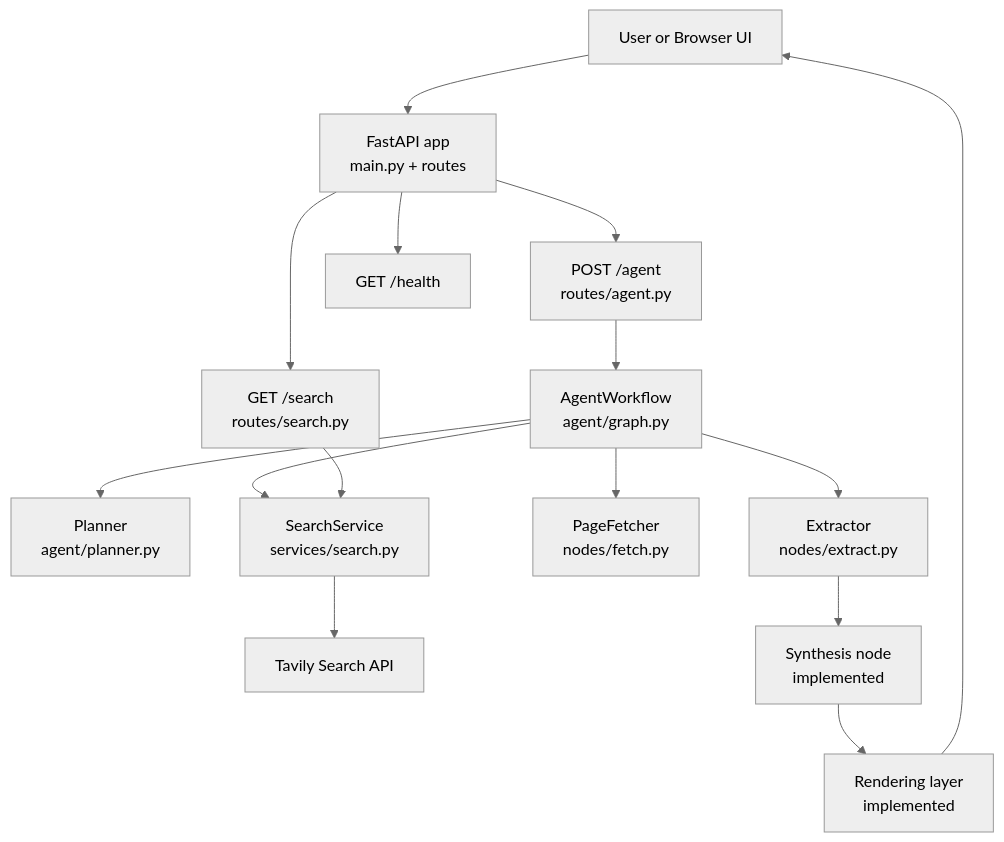
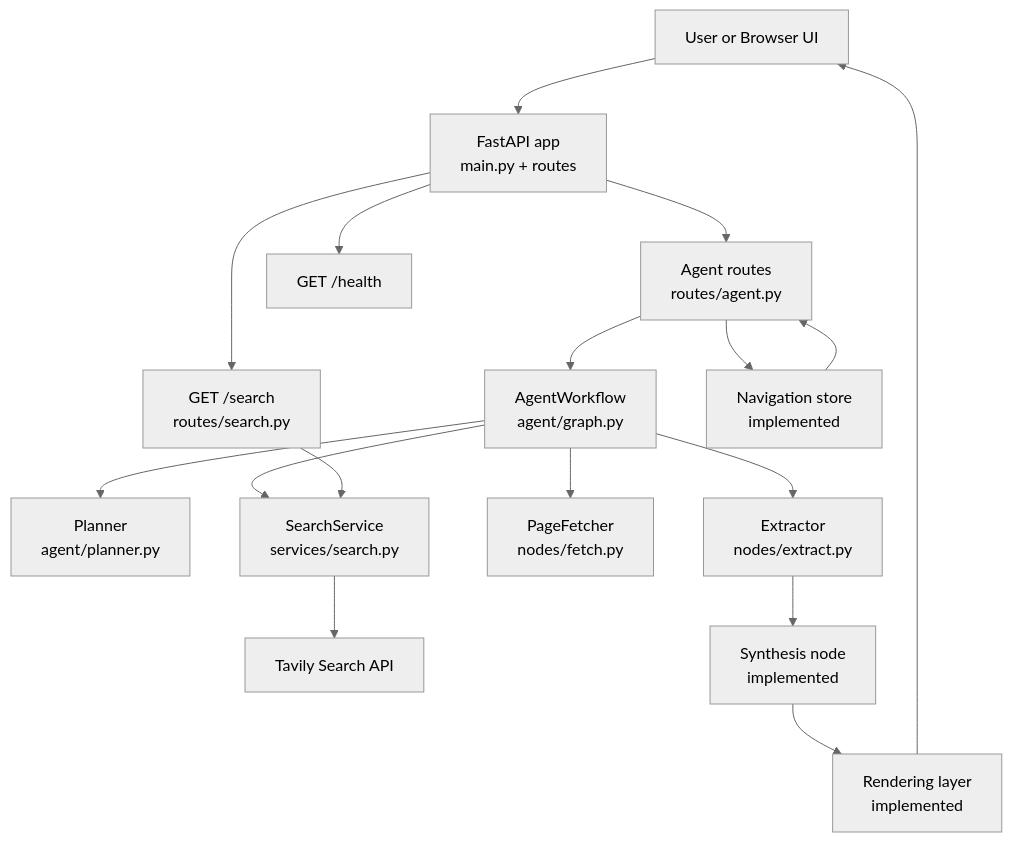
One commit to kunalchaturvedi/agentic-browser changed the first of 3 diagrams in docs/design.md. Above: the diagram before and after it, drawn with Mermaid (neutral theme). The commit also changed other lines of this file and 14 other files, not shown here.

````diff
--- a/docs/design.md
+++ b/docs/design.md
@@ -42,31 +43,34 @@
 ```mermaid
 flowchart TD
     User[User or Browser UI]
     FastAPI[FastAPI app\nmain.py + routes]
-    AgentRoute[POST /agent\nroutes/agent.py]
+    AgentRoute[Agent routes\nroutes/agent.py]
     SearchRoute[GET /search\nroutes/search.py]
     Workflow[AgentWorkflow\nagent/graph.py]
     Planner[Planner\nagent/planner.py]
     SearchService[SearchService\nservices/search.py]
     Tavily[Tavily Search API]
     Fetcher[PageFetcher\nnodes/fetch.py]
     Extractor[Extractor\nnodes/extract.py]
     Synth[Synthesis node\nimplemented]
     Render[Rendering layer\nimplemented]
+    NavStore[Navigation store\nimplemented]
     Health[GET /health]
 
     User --> FastAPI
     FastAPI --> AgentRoute
     FastAPI --> SearchRoute
     FastAPI --> Health
     AgentRoute --> Workflow
     Workflow --> Planner
     Workflow --> SearchService
     SearchRoute --> SearchService
     SearchService --> Tavily
     Workflow --> Fetcher
     Workflow --> Extractor
     Extractor --> Synth
     Synth --> Render
+    AgentRoute --> NavStore
+    NavStore --> AgentRoute
     Render --> User
 ```
````
